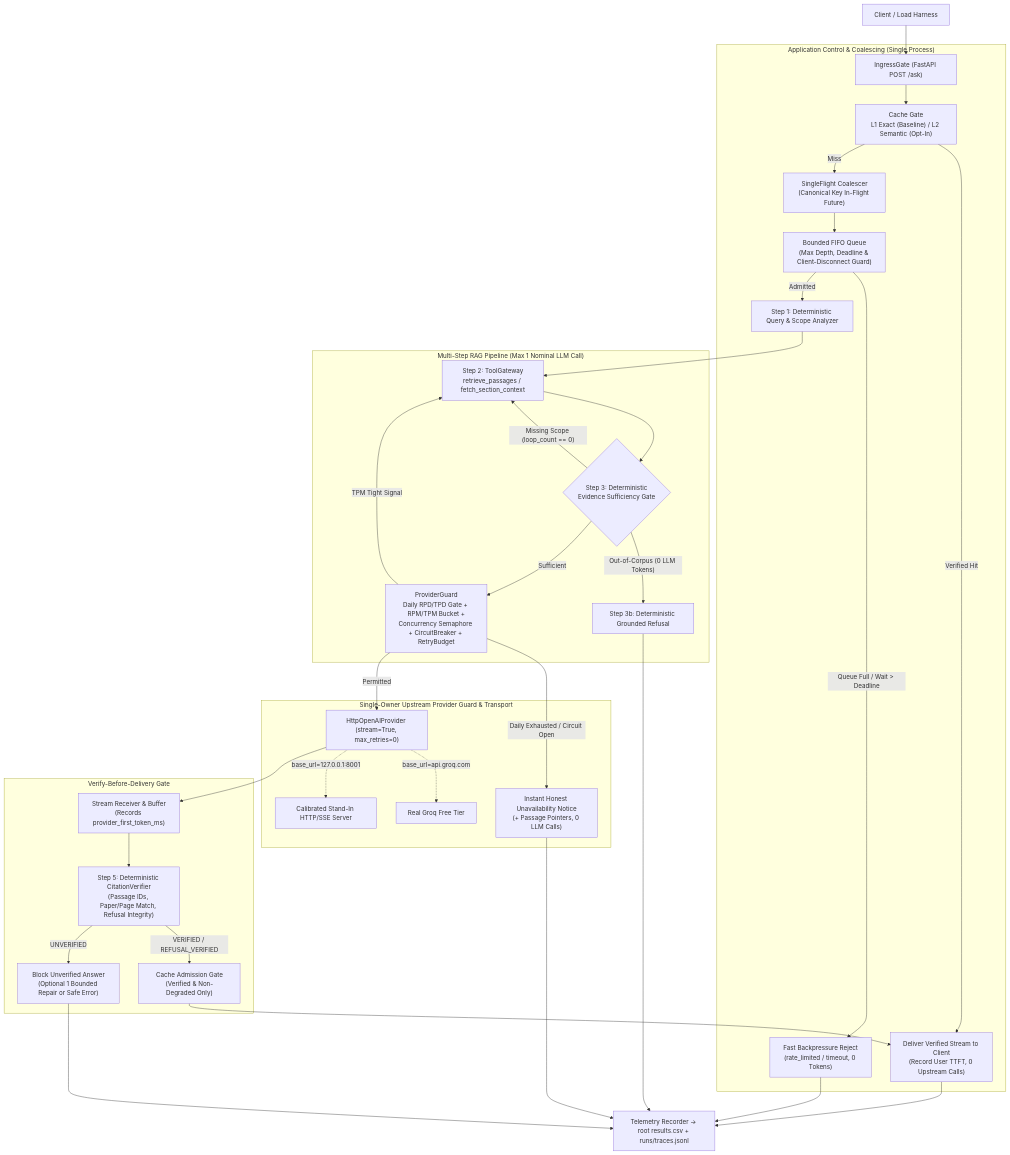
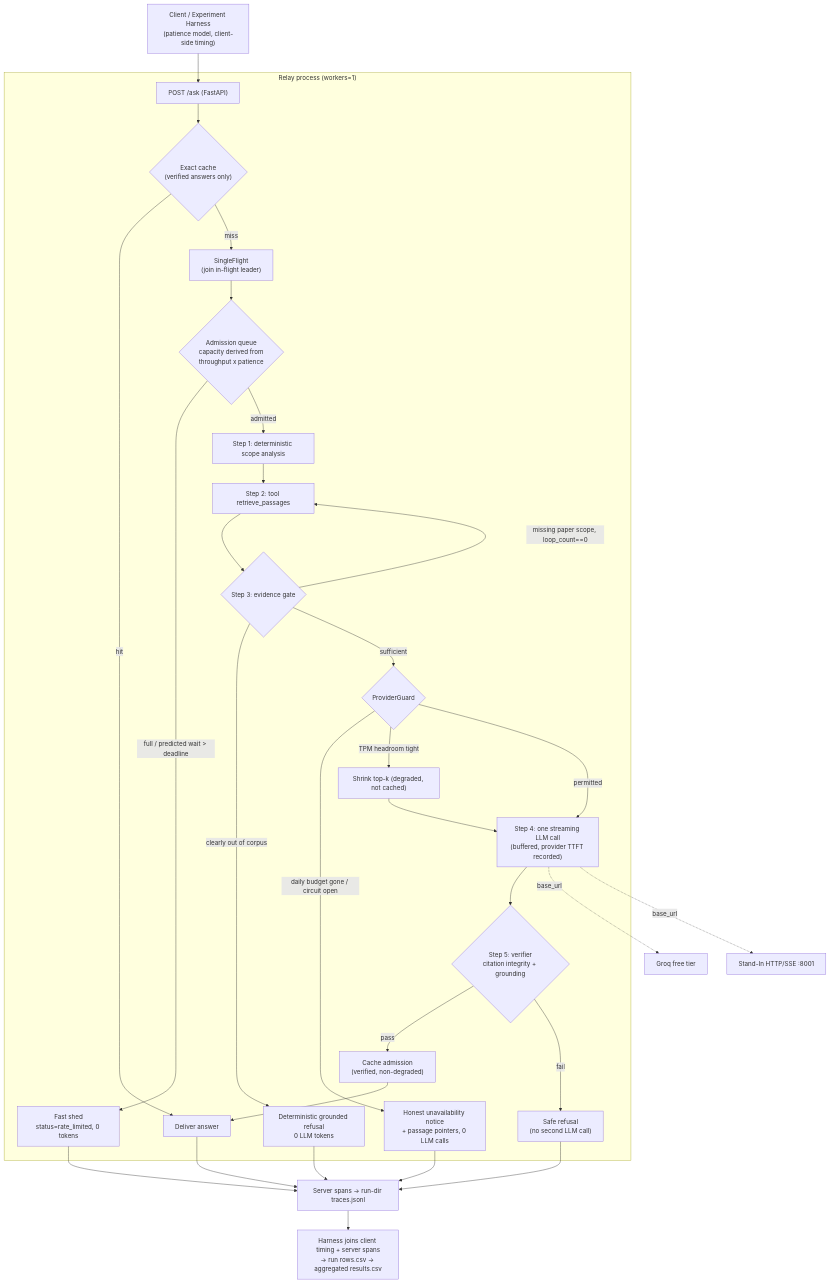
The first of 2 diagrams in ARCHITECTURE.md (AyushSingh110/The-Relay), drawn with Mermaid before and after one commit. The commit also changed other lines of this file and 4 other files, not shown here.

````diff
--- a/ARCHITECTURE.md
+++ b/ARCHITECTURE.md
@@ -53,44 +66,35 @@
 ```mermaid
 flowchart TB
-    Client["Client / Load Harness"] --> Ingress["IngressGate (FastAPI POST /ask)"]
+    Client["Client / Experiment Harness\n(patience model, client-side timing)"] --> Ingress["POST /ask (FastAPI)"]
 
-    subgraph AppControl["Application Control & Coalescing (Single Process)"]
-        Ingress --> CacheLookup["Cache Gate\nL1 Exact (Baseline) / L2 Semantic (Opt-In)"]
-        CacheLookup -- "Verified Hit" --> DeliverClient["Deliver Verified Stream to Client\n(Record User TTFT, 0 Upstream Calls)"]
-        CacheLookup -- "Miss" --> SF["SingleFlight Coalescer\n(Canonical Key In-Flight Future)"]
-        SF --> Q["Bounded FIFO Queue\n(Max Depth, Deadline & Client-Disconnect Guard)"]
-        Q -- "Queue Full / Wait > Deadline" --> FastShed["Fast Backpressure Reject\n(rate_limited / timeout, 0 Tokens)"]
-        Q -- "Admitted" --> S1
+    subgraph App["Relay process (workers=1)"]
+        Ingress --> Cache{"Exact cache\n(verified answers only)"}
+        Cache -- "hit" --> Deliver["Deliver answer"]
+        Cache -- "miss" --> SF["SingleFlight\n(join in-flight leader)"]
+        SF --> Adm{"Admission queue\ncapacity derived from\nthroughput x patience"}
+        Adm -- "full / predicted wait > deadline" --> Shed["Fast shed\nstatus=rate_limited, 0 tokens"]
+        Adm -- "admitted" --> S1["Step 1: deterministic scope analysis"]
+        S1 --> S2["Step 2: tool retrieve_passages"]
+        S2 --> S3{"Step 3: evidence gate"}
+        S3 -- "missing paper scope, loop_count==0" --> S2
+        S3 -- "clearly out of corpus" --> ERef["Deterministic grounded refusal\n0 LLM tokens"]
+        S3 -- "sufficient" --> PG{"ProviderGuard"}
+        PG -- "daily budget gone / circuit open" --> Unavail["Honest unavailability notice\n+ passage pointers, 0 LLM calls"]
+        PG -- "TPM headroom tight" --> Degrade["Shrink top-k (degraded, not cached)"]
+        Degrade --> Gen
+        PG -- "permitted" --> Gen["Step 4: one streaming LLM call\n(buffered, provider TTFT recorded)"]
+        Gen --> Ver{"Step 5: verifier\ncitation integrity + grounding"}
+        Ver -- "pass" --> Admit["Cache admission\n(verified, non-degraded)"] --> Deliver
+        Ver -- "fail" --> SafeRef["Safe refusal\n(no second LLM call)"]
     end
 
-    subgraph Pipeline["Multi-Step RAG Pipeline (Max 1 Nominal LLM Call)"]
-        S1["Step 1: Deterministic Query & Scope Analyzer"] --> S2["Step 2: ToolGateway\nretrieve_passages / fetch_section_context"]
-        S2 --> S3{"Step 3: Deterministic\nEvidence Sufficiency Gate"}
-        S3 -- "Missing Scope (loop_count == 0)" --> S2
-        S3 -- "Out-of-Corpus (0 LLM Tokens)" --> GroundedRefusal["Step 3b: Deterministic Grounded Refusal"]
-        S3 -- "Sufficient" --> Guard
-    end
+    Gen -. "base_url" .-> Groq["Groq free tier"]
+    Gen -. "base_url" .-> StandIn["Stand-In HTTP/SSE :8001"]
 
-    subgraph ProviderLayer["Single-Owner Upstream Provider Guard & Transport"]
-        Guard["ProviderGuard\nDaily RPD/TPD Gate + RPM/TPM Bucket +\nConcurrency Semaphore + CircuitBreaker + RetryBudget"]
-        Guard -- "Daily Exhausted / Circuit Open" --> HonestFail["Instant Honest Unavailability Notice\n(+ Passage Pointers, 0 LLM Calls)"]
-        Guard -- "TPM Tight Signal" --> S2
-        Guard -- "Permitted" --> Http["HttpOpenAIProvider (stream=True, max_retries=0)"]
-        Http -. "base_url=api.groq.com" .-> Groq["Real Groq Free Tier"]
-        Http -. "base_url=127.0.0.1:8001" .-> StandIn["Calibrated Stand-In HTTP/SSE Server"]
-    end
-
-    subgraph VerifyGate["Verify-Before-Delivery Gate"]
-        Http --> Buffer["Stream Receiver & Buffer\n(Records provider_first_token_ms)"]
-        Buffer --> Ver["Step 5: Deterministic CitationVerifier\n(Passage IDs, Paper/Page Match, Refusal Integrity)"]
-        Ver -- "VERIFIED / REFUSAL_VERIFIED" --> CacheAdmit["Cache Admission Gate\n(Verified & Non-Degraded Only)"]
-        CacheAdmit --> DeliverClient
-        Ver -- "UNVERIFIED" --> BlockOut["Block Unverified Answer\n(Optional 1 Bounded Repair or Safe Error)"]
-    end
-
-    DeliverClient --> Telemetry["Telemetry Recorder -> root results.csv + runs/traces.jsonl"]
-    FastShed --> Telemetry
-    GroundedRefusal --> Telemetry
-    HonestFail --> Telemetry
-    BlockOut --> Telemetry
+    Deliver --> Trace["Server spans -> run-dir traces.jsonl"]
+    Shed --> Trace
+    ERef --> Trace
+    Unavail --> Trace
+    SafeRef --> Trace
+    Trace --> Harness["Harness joins client timing + server spans\n-> run rows.csv -> aggregated results.csv"]
 ```
````
